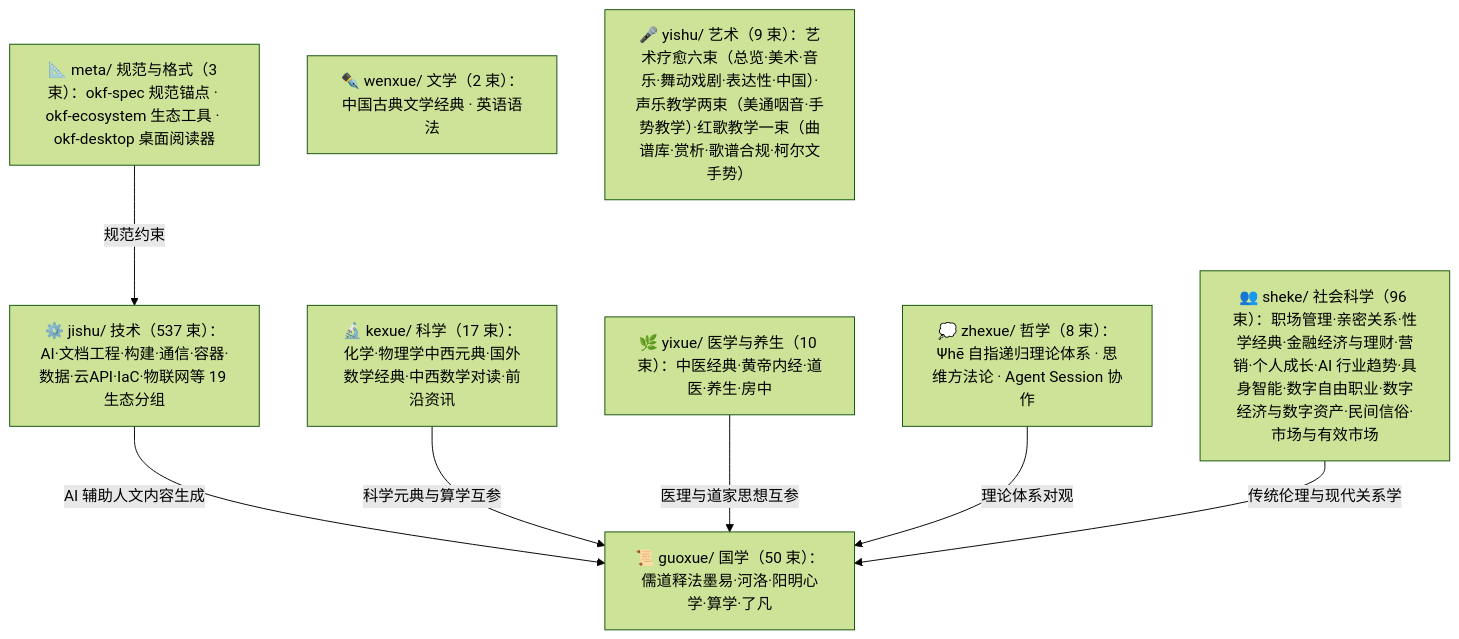
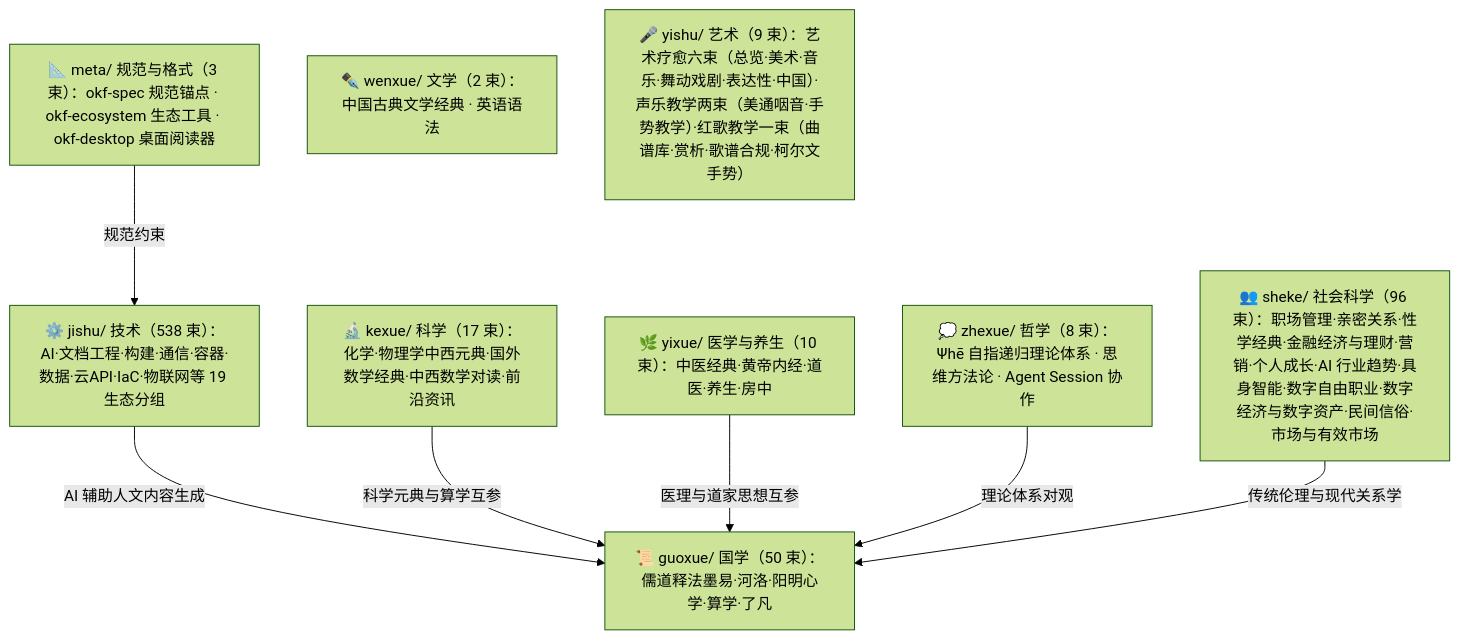
The diagram in doc/bundles/index.md (awesome-flexloop/awesome-okf), drawn with Mermaid (forest theme) before and after one commit. The commit also changed other lines of this file and 15 other files, not shown here.

````diff
--- a/doc/bundles/index.md
+++ b/doc/bundles/index.md
@@ -21,18 +21,18 @@
 ```mermaid
 flowchart TD
     meta["📐 meta/ 规范与格式（3 束）：okf-spec 规范锚点 · okf-ecosystem 生态工具 · okf-desktop 桌面阅读器"]
     guoxue["📜 guoxue/ 国学（50 束）：儒道释法墨易·河洛·阳明心学·算学·了凡"]
     zhexue["💭 zhexue/ 哲学（8 束）：Ψhē 自指递归理论体系 · 思维方法论 · Agent Session 协作"]
     kexue["🔬 kexue/ 科学（17 束）：化学·物理学中西元典·国外数学经典·中西数学对读·前沿资讯"]
     wenxue["✒️ wenxue/ 文学（2 束）：中国古典文学经典 · 英语语法"]
     yixue["🌿 yixue/ 医学与养生（10 束）：中医经典·黄帝内经·道医·养生·房中"]
     sheke["👥 sheke/ 社会科学（96 束）：职场管理·亲密关系·性学经典·金融经济与理财·营销·个人成长·AI 行业趋势·具身智能·数字自由职业·数字经济与数字资产·民间信俗·市场与有效市场"]
     yishu["🎤 yishu/ 艺术（9 束）：艺术疗愈六束（总览·美术·音乐·舞动戏剧·表达性·中国）·声乐教学两束（美通咽音·手势教学）·红歌教学一束（曲谱库·赏析·歌谱合规·柯尔文手势）"]
-    jishu["⚙️ jishu/ 技术（537 束）：AI·文档工程·构建·通信·容器·数据·云API·IaC·物联网等 19 生态分组"]
+    jishu["⚙️ jishu/ 技术（538 束）：AI·文档工程·构建·通信·容器·数据·云API·IaC·物联网等 19 生态分组"]
     meta -->|"规范约束"| jishu
     jishu -->|"AI 辅助人文内容生成"| guoxue
     kexue -->|"科学元典与算学互参"| guoxue
     yixue -->|"医理与道家思想互参"| guoxue
     zhexue -->|"理论体系对观"| guoxue
     sheke -->|"传统伦理与现代关系学"| guoxue
 ```
````
